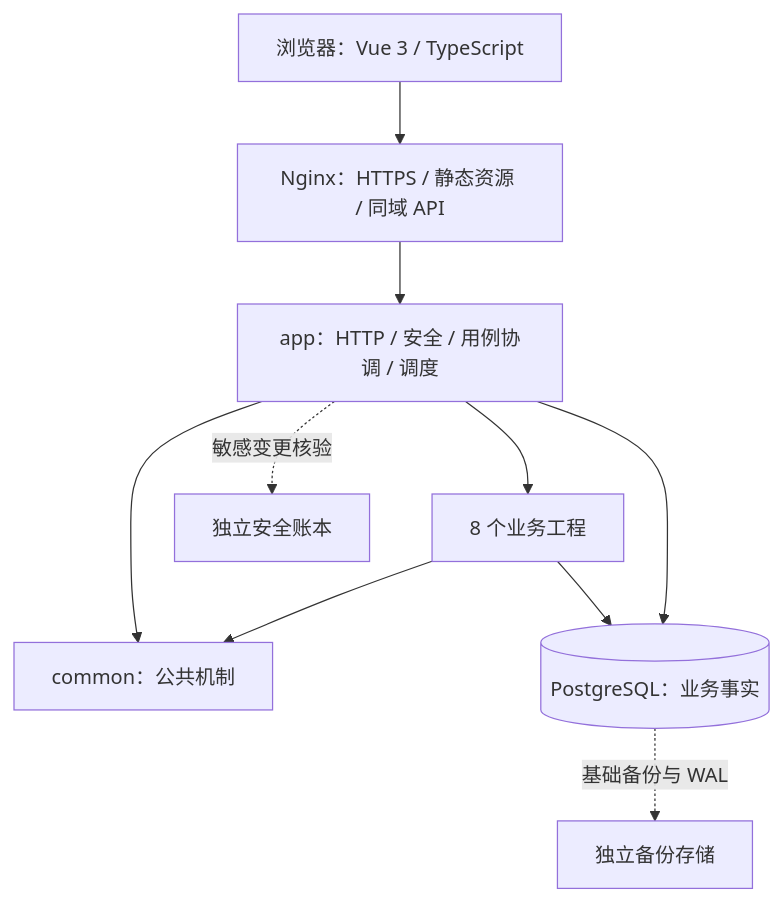
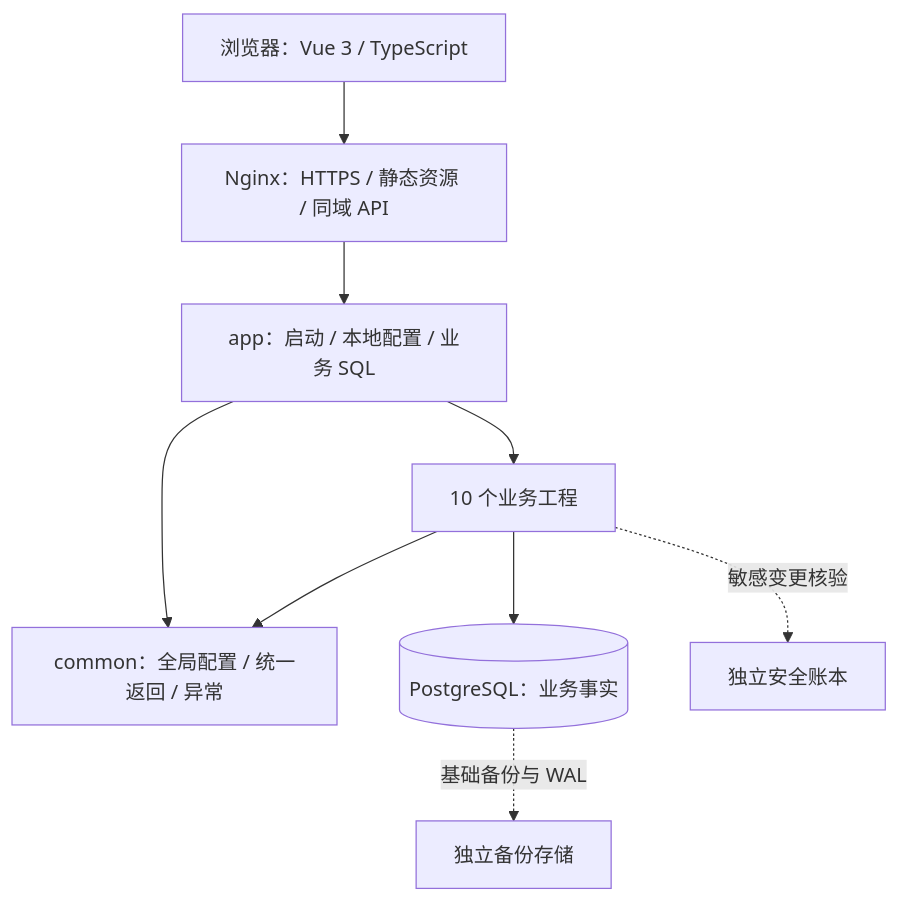
One commit to LingXI5499/asterway changed the diagram in README.md. Above: the diagram before and after it, drawn with Mermaid. The commit also changed other lines of this file and 467 other files, not shown here.

````diff
--- a/README.md
+++ b/README.md
@@ -29,12 +39,11 @@
 ```mermaid
 flowchart TD
     Browser[浏览器：Vue 3 / TypeScript] --> Proxy[Nginx：HTTPS / 静态资源 / 同域 API]
-    Proxy --> App[app：HTTP / 安全 / 用例协调 / 调度]
-    App --> Business[8 个业务工程]
-    App --> Common[common：公共机制]
+    Proxy --> App[app：启动 / 本地配置 / 业务 SQL]
+    App --> Business[10 个业务工程]
+    App --> Common[common：全局配置 / 统一返回 / 异常]
     Business --> Common
     Business --> DB[(PostgreSQL：业务事实)]
-    App --> DB
-    App -.敏感变更核验.-> Ledger[独立安全账本]
+    Business -.敏感变更核验.-> Ledger[独立安全账本]
     DB -.基础备份与 WAL.-> Backup[独立备份存储]
 ```
````
